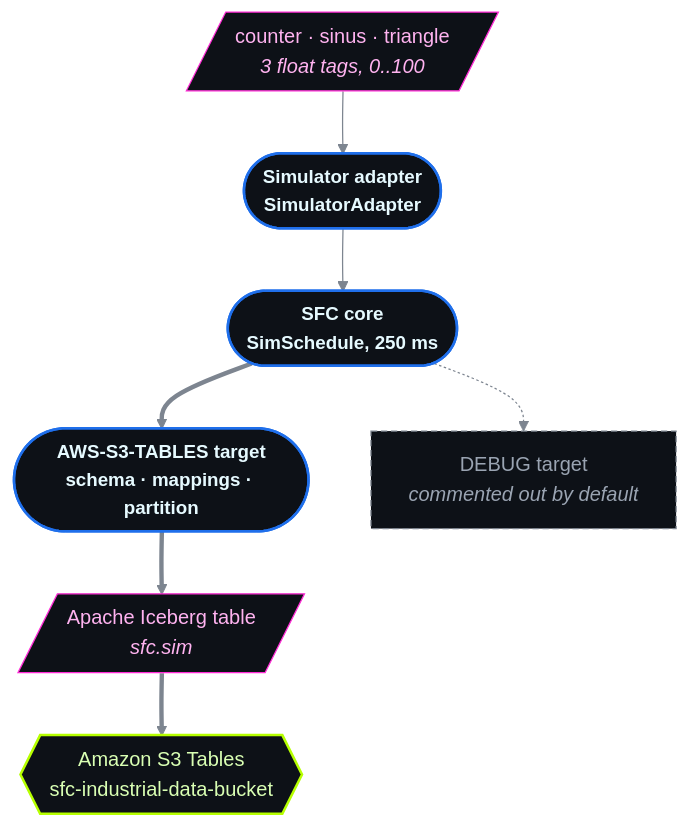
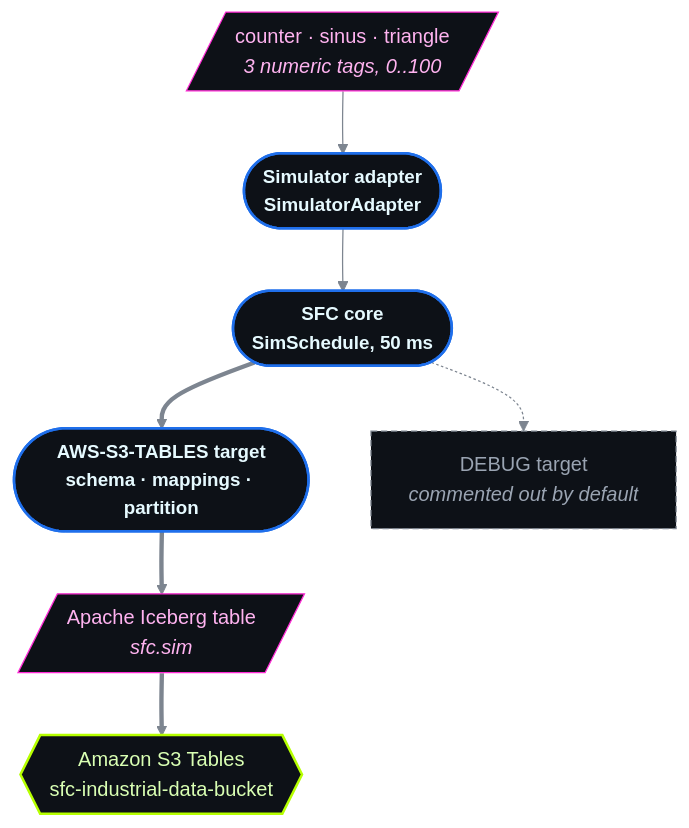
The diagram in examples/in-process-sim-s3tables/README.md (awslabs/industrial-shopfloor-connect), drawn with Mermaid before and after one commit. The commit also changed other lines of this file and 674 other files, not shown here.

````diff
--- a/examples/in-process-sim-s3tables/README.md
+++ b/examples/in-process-sim-s3tables/README.md
@@ -15,25 +16,25 @@
 ```mermaid
 %%{init: {'theme':'base','themeVariables':{
   'background':'#0a0e14','primaryColor':'#0d1117','primaryTextColor':'#e6faff',
   'primaryBorderColor':'#1f6feb','lineColor':'#7d8590','fontFamily':'monospace',
   'clusterBkg':'#0a0e14','clusterBorder':'#1f6feb'}}}%%
 flowchart TD
-    TAGS[/"counter · sinus · triangle<br/><i>3 float tags, 0..100</i>"/]:::data
+    TAGS[/"counter · sinus · triangle<br/><i>3 numeric tags, 0..100</i>"/]:::data
     ADAPTER(["<b>Simulator adapter</b><br/>SimulatorAdapter"]):::tool
-    CORE(["<b>SFC core</b><br/>SimSchedule, 250 ms"]):::tool
+    CORE(["<b>SFC core</b><br/>SimSchedule, 50 ms"]):::tool
     TARGET(["<b>AWS-S3-TABLES target</b><br/>schema · mappings · partition"]):::tool
     DEBUG["DEBUG target<br/><i>commented out by default</i>"]:::ext
     ICEBERG[/"Apache Iceberg table<br/><i>sfc.sim</i>"/]:::data
     S3T{{"Amazon S3 Tables<br/>sfc-industrial-data-bucket"}}:::aws
 
     TAGS --> ADAPTER --> CORE
     CORE ==> TARGET
     CORE -.-> DEBUG
     TARGET ==> ICEBERG
     ICEBERG ==> S3T
 
     classDef data fill:#0d1117,stroke:#ff2bd6,stroke-width:1px,color:#ffb3f0;
     classDef tool fill:#0d1117,stroke:#1f6feb,stroke-width:2px,color:#e6faff,font-weight:bold,font-size:15px;
     classDef aws fill:#0d1117,stroke:#b6ff00,stroke-width:2px,color:#d9ffb3;
     classDef ext fill:#0d1117,stroke:#7d8590,stroke-width:1px,color:#9aa4b2,stroke-dasharray:5 3;
 ```
````
